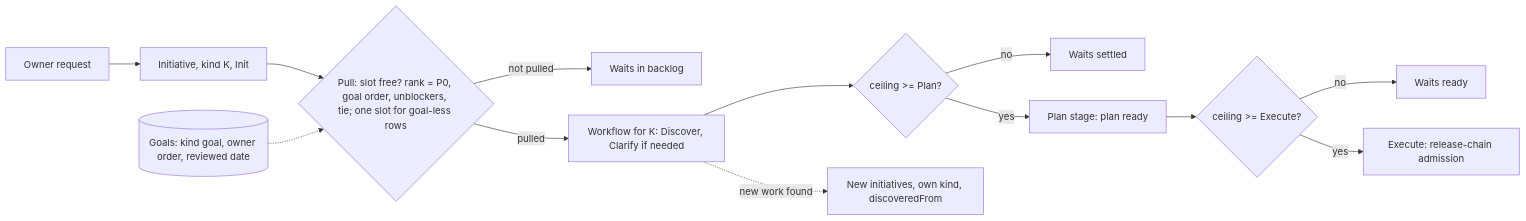
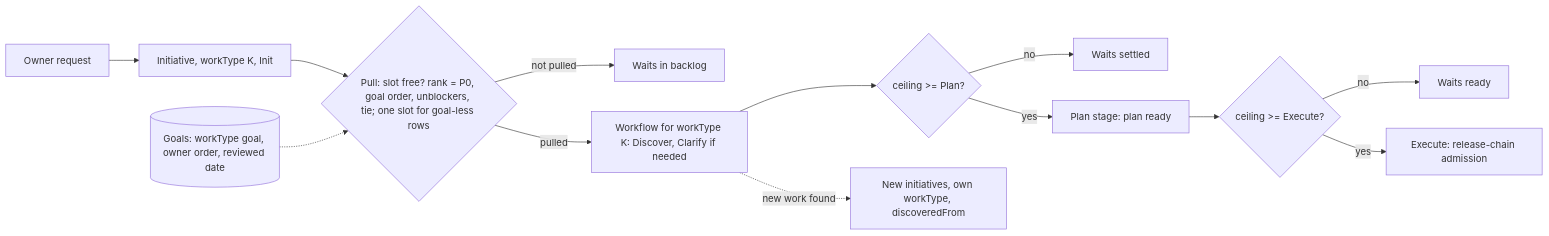
The diagram in plans/discussions/ds-3in4yb5thk-backlog-to-ready-pipeline/DISCUSSION.md (vantt/forgent), drawn with Mermaid before and after one commit. The commit also changed other lines of this file, not shown here.

Commit message:
discussion(backlog-to-ready-pipeline): owner orders the Work item kind field renamed workType

````diff
--- a/plans/discussions/ds-3in4yb5thk-backlog-to-ready-pipeline/DISCUSSION.md
+++ b/plans/discussions/ds-3in4yb5thk-backlog-to-ready-pipeline/DISCUSSION.md
@@ -186,15 +193,15 @@
 ```mermaid
 flowchart LR
-  R[Owner request] --> I[Initiative, kind K, Init]
+  R[Owner request] --> I[Initiative, workType K, Init]
   I --> PULL{Pull: slot free? rank = P0, goal order, unblockers, tie; one slot for goal-less rows}
   PULL -- not pulled --> WAIT[Waits in backlog]
-  PULL -- pulled --> WF[Workflow for K: Discover, Clarify if needed]
+  PULL -- pulled --> WF[Workflow for workType K: Discover, Clarify if needed]
   WF --> C1{ceiling >= Plan?}
   C1 -- no --> H1[Waits settled]
   C1 -- yes --> PL[Plan stage: plan ready]
   PL --> C2{ceiling >= Execute?}
   C2 -- no --> H2[Waits ready]
   C2 -- yes --> EX[Execute: release-chain admission]
-  WF -. new work found .-> NEW[New initiatives, own kind, discoveredFrom]
-  G[(Goals: kind goal, owner order, reviewed date)] -.-> PULL
+  WF -. new work found .-> NEW[New initiatives, own workType, discoveredFrom]
+  G[(Goals: workType goal, owner order, reviewed date)] -.-> PULL
 ```
````
